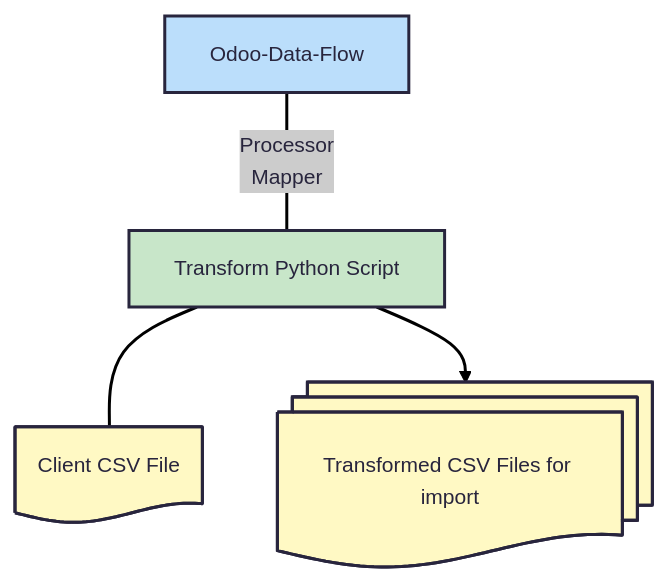
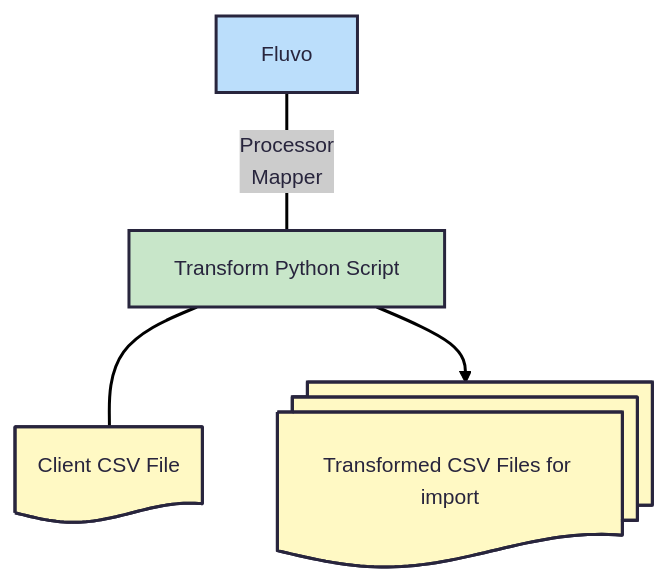
The first of 5 diagrams in docs/core_concepts.md (GetFluvo/fluvo), drawn with Mermaid before and after one commit. The commit also changed other lines of this file and 3 other files, not shown here.

````diff
--- a/docs/core_concepts.md
+++ b/docs/core_concepts.md
@@ -12,18 +12,18 @@
 ```{mermaid}
 ---
 config:
   theme: redux
 ---
 flowchart TD
-    A(["Odoo-Data-Flow"]) -- Processor
+    A(["Fluvo"]) -- Processor
     Mapper --- B["Transform Python Script"]
     B --- C["Client CSV File"]
     B --> D["Transformed CSV Files for import"]
     A@{ shape: proc}
     C@{ shape: doc}
     D@{ shape: docs}
     style A fill:#BBDEFB
     style B fill:#C8E6C9
     style C fill:#FFF9C4
     style D fill:#FFF9C4
 ```
````
